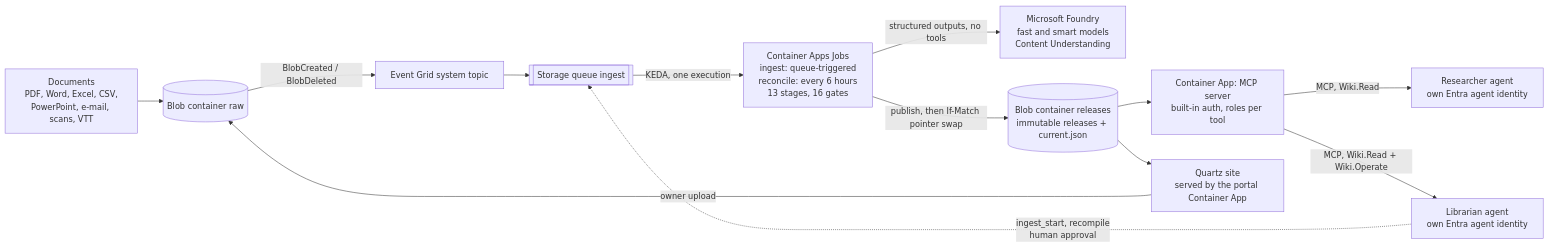
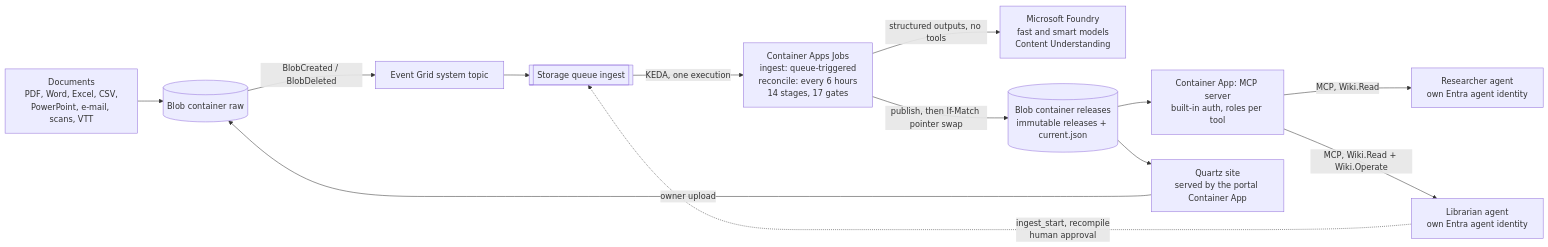
The diagram in README.md (ozgurkarahan/docwiki), drawn with Mermaid before and after one commit. The commit also changed other lines of this file and 15 other files, not shown here.

````diff
--- a/README.md
+++ b/README.md
@@ -177,15 +184,15 @@
 ```mermaid
 flowchart LR
   docs["Documents<br/>PDF, Word, Excel, CSV,<br/>PowerPoint, e-mail, scans, VTT"] --> raw[("Blob container raw")]
   raw -->|"BlobCreated / BlobDeleted"| eg["Event Grid system topic"]
   eg --> queue[["Storage queue ingest"]]
-  queue -->|"KEDA, one execution"| job["Container Apps Jobs<br/>ingest: queue-triggered<br/>reconcile: every 6 hours<br/>13 stages, 16 gates"]
+  queue -->|"KEDA, one execution"| job["Container Apps Jobs<br/>ingest: queue-triggered<br/>reconcile: every 6 hours<br/>14 stages, 17 gates"]
   job -->|"structured outputs, no tools"| foundry["Microsoft Foundry<br/>fast and smart models<br/>Content Understanding"]
   job -->|"publish, then If-Match pointer swap"| releases[("Blob container releases<br/>immutable releases + current.json")]
   releases --> mcp["Container App: MCP server<br/>built-in auth, roles per tool"]
   releases --> site["Quartz site<br/>served by the portal Container App"]
   mcp -->|"MCP, Wiki.Read"| researcher["Researcher agent<br/>own Entra agent identity"]
   mcp -->|"MCP, Wiki.Read + Wiki.Operate"| librarian["Librarian agent<br/>own Entra agent identity"]
   librarian -.->|"ingest_start, recompile<br/>human approval"| queue
   site -->|"owner upload"| raw
 ```
````
